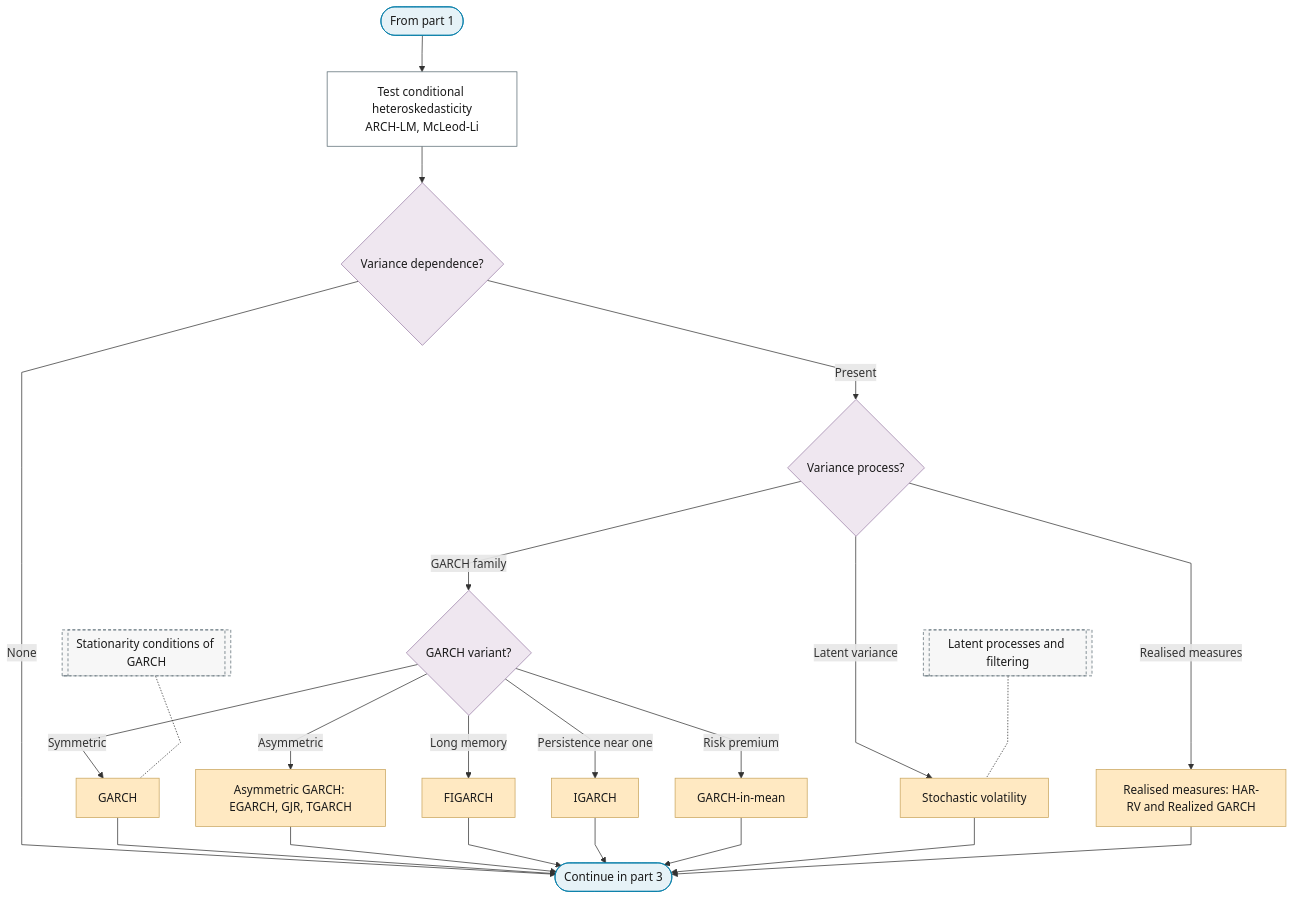
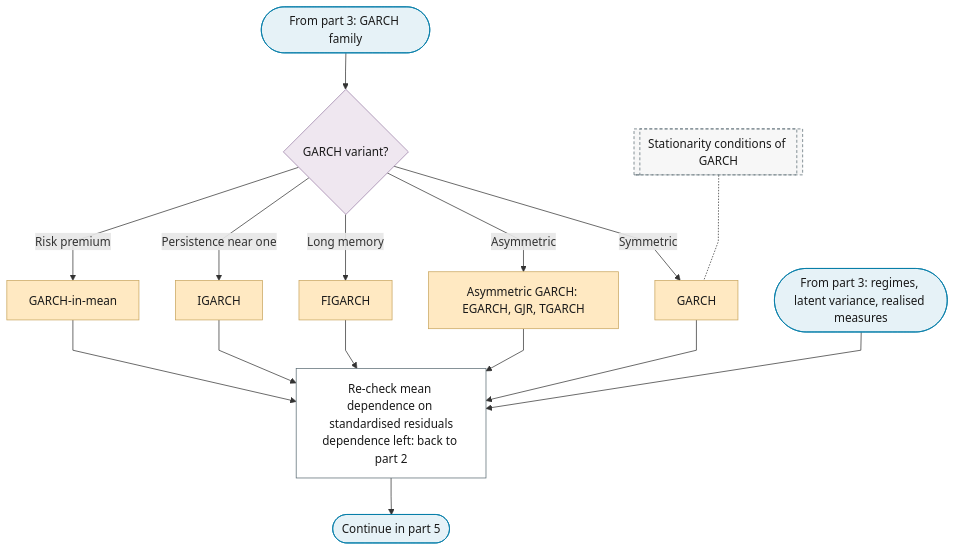
The fourth of 5 diagrams in docs/01-workflow/p07-error-process.md (Shuxin-Y/time-series-analysis-manual), drawn with Mermaid before and after one commit. The commit also changed other lines of this file and 2 other files, not shown here.

First line of the commit message:
feat(p7): model kind first, preliminary fit, regimes before the GARCH variant

````diff
--- a/docs/01-workflow/p07-error-process.md
+++ b/docs/01-workflow/p07-error-process.md
@@ -50,33 +109,27 @@
 ```mermaid
 %%{init: {"flowchart": {"curve": "linear"}}}%%
 graph TD
-    P7_FROM_PART_1(["From part 1"]) --> P7_VAR_TESTS["Test conditional heteroskedasticity<br/>ARCH-LM, McLeod-Li"]
-    P7_VAR_TESTS --> P7_VAR_DEP{"Variance dependence?"}
-    P7_VAR_DEP -->|"None"| P7_TO_PART_3
-    P7_VAR_DEP -->|"Present"| P7_VAR_TYPE{"Variance process?"}
-    P7_VAR_TYPE -->|"GARCH family"| P7_GARCH_TYPE{"GARCH variant?"}
-    P7_VAR_TYPE -->|"Latent variance"| P7_SV["Stochastic volatility"]
-    P7_VAR_TYPE -->|"Realised measures"| P7_REALIZED["Realised measures: HAR-RV and Realized GARCH"]
+    P7_PART_4_IN(["From part 3: GARCH family"]) --> P7_GARCH_TYPE{"GARCH variant?"}
     P7_GARCH_TYPE -->|"Symmetric"| P7_GARCH["GARCH"]
     P7_GARCH_TYPE -->|"Asymmetric"| P7_ASYM_GARCH["Asymmetric GARCH: EGARCH, GJR, TGARCH"]
     P7_GARCH_TYPE -->|"Long memory"| P7_FIGARCH["FIGARCH"]
     P7_GARCH_TYPE -->|"Persistence near one"| P7_IGARCH["IGARCH"]
     P7_GARCH_TYPE -->|"Risk premium"| P7_GARCH_M["GARCH-in-mean"]
-    P7_GARCH & P7_ASYM_GARCH & P7_FIGARCH & P7_IGARCH & P7_GARCH_M --> P7_TO_PART_3
-    P7_SV & P7_REALIZED --> P7_TO_PART_3(["Continue in part 3"])
+    P7_GARCH & P7_ASYM_GARCH & P7_FIGARCH & P7_IGARCH & P7_GARCH_M --> P7_STD_RECHECK["Re-check mean dependence on standardised residuals<br/>dependence left: back to part 2"]
+    P7_PART_4_RECHECK_IN(["From part 3: regimes, latent variance, realised measures"]) --> P7_STD_RECHECK
+    P7_STD_RECHECK --> P7_TO_PART_5(["Continue in part 5"])
     F_GARCH_STATIONARITY[["Stationarity conditions of GARCH"]] -.- P7_GARCH
-    F_LATENT_FILTERING[["Latent processes and filtering"]] -.- P7_SV
-    class P7_FROM_PART_1,P7_TO_PART_3 terminator
-    class P7_VAR_DEP,P7_VAR_TYPE,P7_GARCH_TYPE decision
-    class P7_VAR_TESTS process
-    class P7_GARCH,P7_ASYM_GARCH,P7_FIGARCH,P7_IGARCH,P7_GARCH_M,P7_SV,P7_REALIZED escalate
-    class F_GARCH_STATIONARITY,F_LATENT_FILTERING ref
+    class P7_PART_4_IN,P7_PART_4_RECHECK_IN,P7_TO_PART_5 terminator
+    class P7_GARCH_TYPE decision
+    class P7_STD_RECHECK process
+    class P7_GARCH,P7_ASYM_GARCH,P7_FIGARCH,P7_IGARCH,P7_GARCH_M escalate
+    class F_GARCH_STATIONARITY ref
     classDef terminator fill:#E6F2F7,stroke:#007BA7,color:#1A1A1A;
     classDef process fill:#FFFFFF,stroke:#5A6B73,color:#1A1A1A;
     classDef decision fill:#EFE7F0,stroke:#9B7FA7,color:#1A1A1A;
     classDef data fill:#FFF4E0,stroke:#C9A55E,color:#1A1A1A;
     classDef good fill:#DCEFD8,stroke:#4A7A3F,color:#1A1A1A;
     classDef escalate fill:#FFE9C2,stroke:#C9A55E,color:#1A1A1A;
     classDef problem fill:#F2D9DE,stroke:#800020,color:#1A1A1A;
     classDef ref fill:#F7F7F7,stroke:#5A6B73,color:#1A1A1A,stroke-dasharray:4 3;
 ```
````
